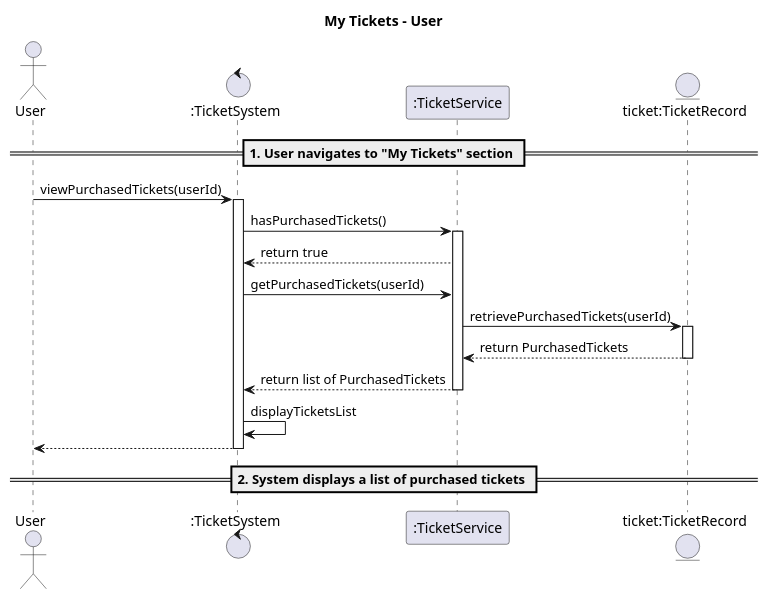
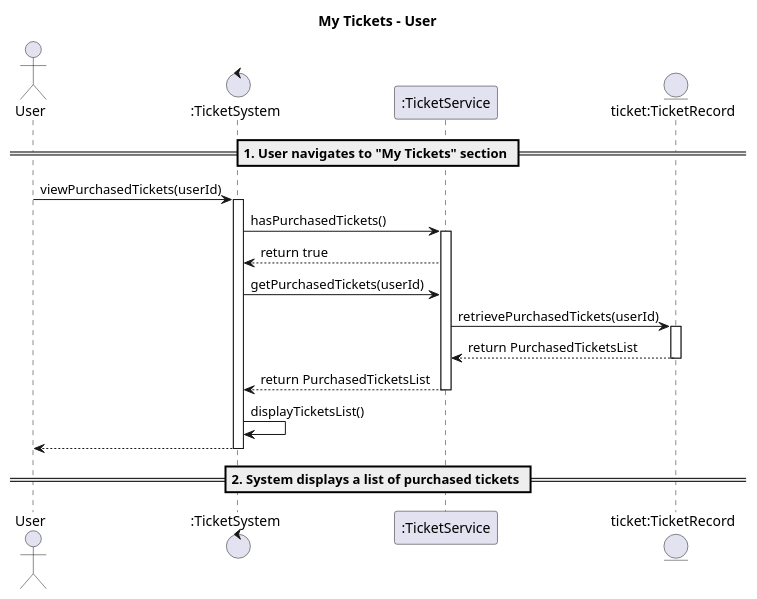
The diagram in 02-analysis/MyTickets.puml (mrle0429/Event-Management-System), drawn with PlantUML before and after one commit. The commit also changed 5 other files, not shown here.

```diff
--- a/02-analysis/MyTickets.puml
+++ b/02-analysis/MyTickets.puml
@@ -1,26 +1,26 @@
 @startuml
 title My Tickets - User
 
 actor User
 control ":TicketSystem" as UD
 participant ":TicketService" as TS
 entity "ticket:TicketRecord" as ticket
 
 == 1. User navigates to "My Tickets" section ==
 User -> UD : viewPurchasedTickets(userId)
 activate UD
 UD -> TS : hasPurchasedTickets()
 activate TS
 TS --> UD : return true
 UD -> TS : getPurchasedTickets(userId)
 TS -> ticket : retrievePurchasedTickets(userId)
 activate ticket
-ticket --> TS : return PurchasedTickets
+ticket --> TS : return PurchasedTicketsList
 deactivate ticket
-TS --> UD : return list of PurchasedTickets
+TS --> UD : return PurchasedTicketsList
 deactivate TS
-UD -> UD : displayTicketsList
+UD -> UD : displayTicketsList()
 UD --> User :
 deactivate UD
 == 2. System displays a list of purchased tickets ==
 @enduml
```
